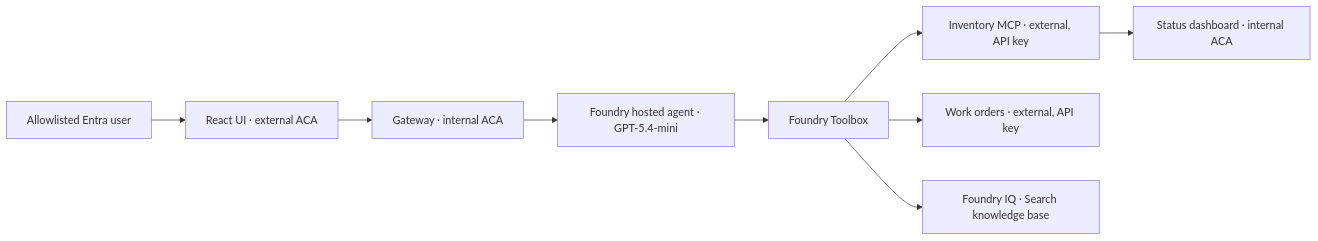
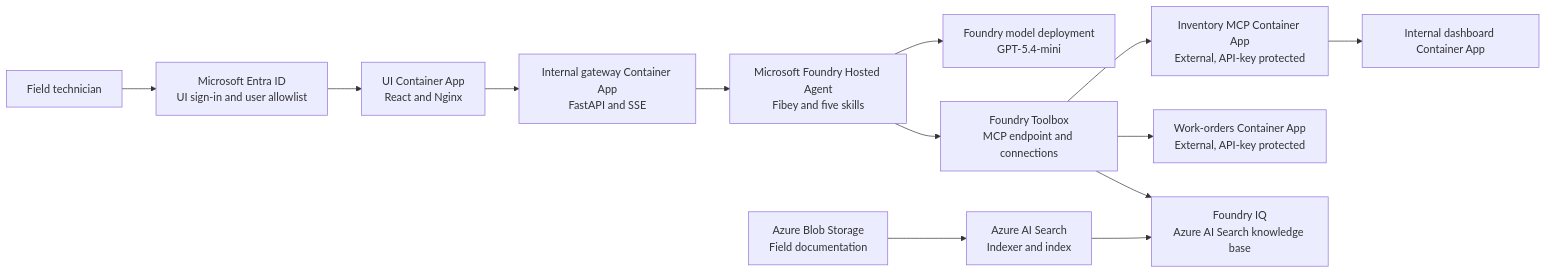
The diagram in README.md (leestott/fibey-toolbox-demo), drawn with Mermaid before and after one commit. The commit also changed other lines of this file and 12 other files, not shown here.

````diff
--- a/README.md
+++ b/README.md
@@ -28,11 +36,15 @@
 ```mermaid
 flowchart LR
-    User["Allowlisted Entra user"] --> UI["React UI · external ACA"]
-    UI --> Gateway["Gateway · internal ACA"]
-    Gateway --> Agent["Foundry hosted agent · GPT-5.4-mini"]
-    Agent --> Toolbox["Foundry Toolbox"]
-    Toolbox --> Inventory["Inventory MCP · external, API key"]
-    Toolbox --> Orders["Work orders · external, API key"]
-    Toolbox --> Knowledge["Foundry IQ · Search knowledge base"]
-    Inventory --> Status["Status dashboard · internal ACA"]
+    User["Field technician"] --> Entra["Microsoft Entra ID<br/>UI sign-in and user allowlist"]
+    Entra --> UI["UI Container App<br/>React and Nginx"]
+    UI --> Gateway["Internal gateway Container App<br/>FastAPI and SSE"]
+    Gateway --> Agent["Microsoft Foundry Hosted Agent<br/>Fibey and five skills"]
+    Agent --> Model["Foundry model deployment<br/>GPT-5.4-mini"]
+    Agent --> Toolbox["Foundry Toolbox<br/>MCP endpoint and connections"]
+    Toolbox --> Inventory["Inventory MCP Container App<br/>External, API-key protected"]
+    Toolbox --> Orders["Work-orders Container App<br/>External, API-key protected"]
+    Toolbox --> KB["Foundry IQ<br/>Azure AI Search knowledge base"]
+    Inventory --> Dashboard["Internal dashboard Container App"]
+    Blob["Azure Blob Storage<br/>Field documentation"] --> Search["Azure AI Search<br/>Indexer and index"]
+    Search --> KB
 ```
````
